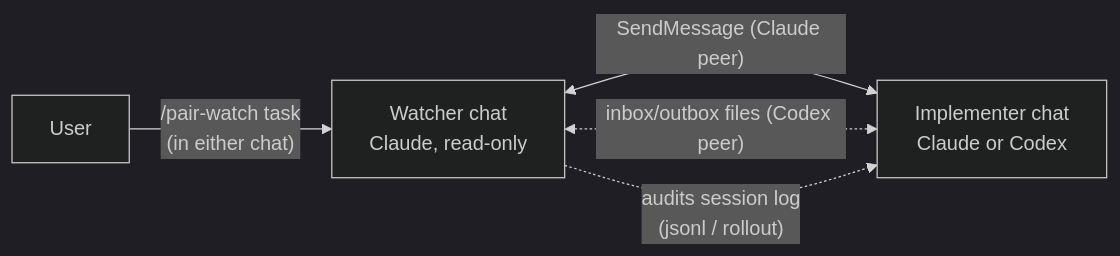
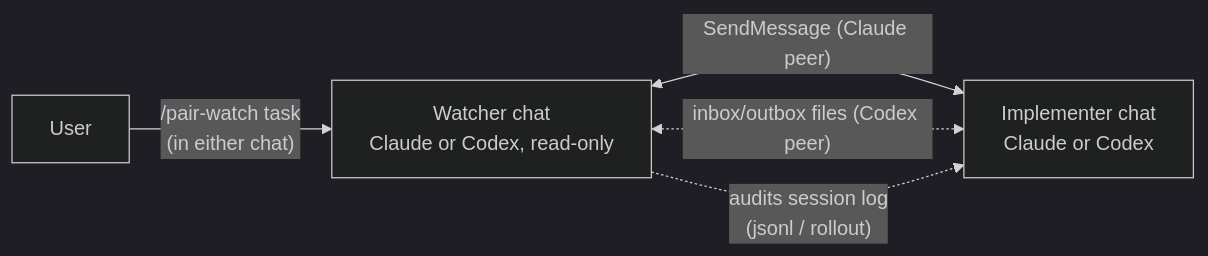
One commit to inakaegg/pair-watch changed the diagram in README.ja.md. Above: the diagram before and after it, drawn with Mermaid (dark theme). The commit also changed other lines of this file and 13 other files, not shown here.

Commit message:
feat: support Codex watcher pairs

````diff
--- a/README.ja.md
+++ b/README.ja.md
@@ -7,7 +7,7 @@
 ```mermaid
 flowchart LR
-    U[User] -- "/pair-watch task<br/>(in either chat)" --> W[Watcher chat<br/>Claude, read-only]
+    U[User] -- "/pair-watch task<br/>(in either chat)" --> W[Watcher chat<br/>Claude or Codex, read-only]
     W <-- "SendMessage (Claude peer)" --> I[Implementer chat<br/>Claude or Codex]
     W <-. "inbox/outbox files (Codex peer)" .-> I
     W -. "audits session log<br/>(jsonl / rollout)" .-> I
 ```
````
